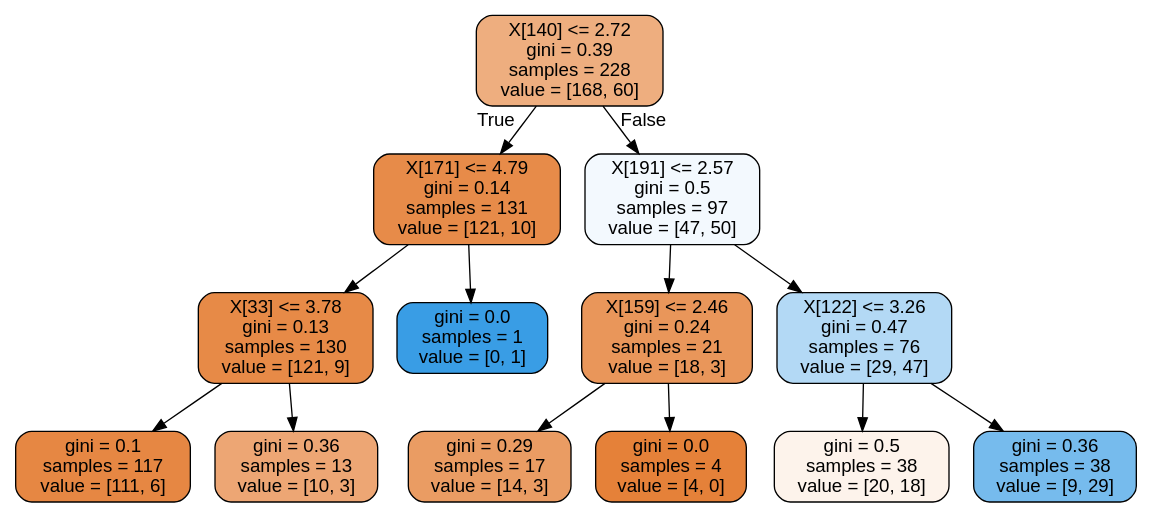
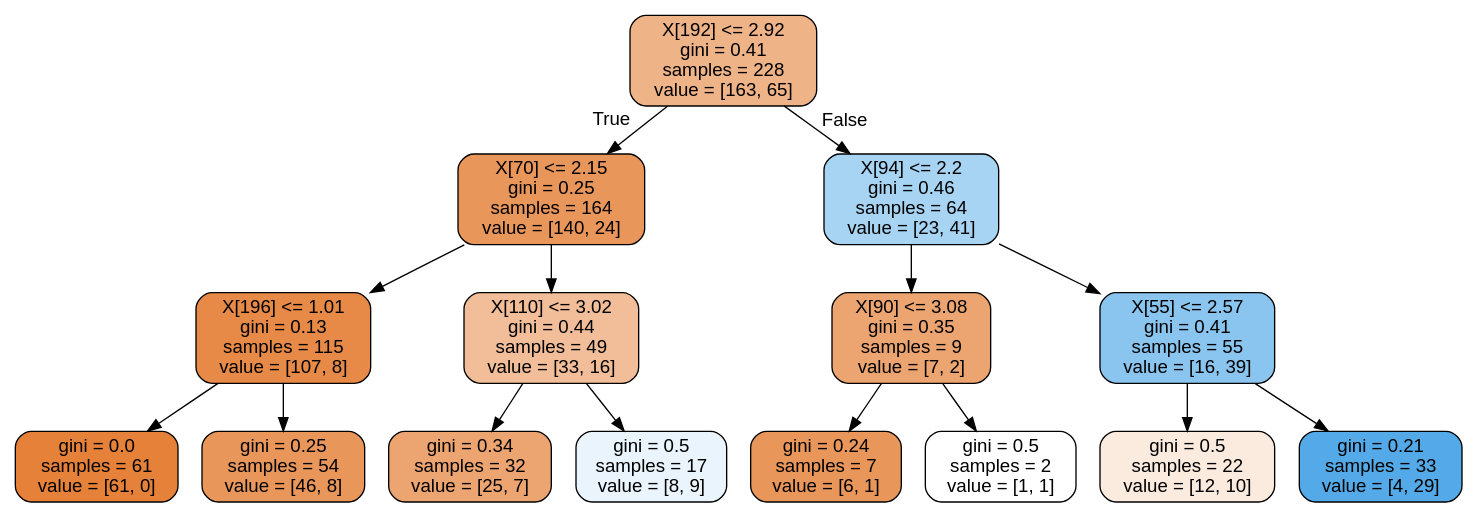
The diagram in model/thistree.dot (zeroknowledgediscovery/zcad), drawn with Graphviz before and after one commit. The commit also changed 12 other files, not shown here.

```diff
--- a/model/thistree.dot
+++ b/model/thistree.dot
@@ -1,29 +1,33 @@
 digraph Tree {
 node [shape=box, style="filled, rounded", color="black", fontname=helvetica] ;
 edge [fontname=helvetica] ;
-0 [label="X[140] <= 2.72\ngini = 0.39\nsamples = 228\nvalue = [168, 60]", fillcolor="#e58139a4"] ;
-1 [label="X[171] <= 4.79\ngini = 0.14\nsamples = 131\nvalue = [121, 10]", fillcolor="#e58139ea"] ;
+0 [label="X[192] <= 2.92\ngini = 0.41\nsamples = 228\nvalue = [163, 65]", fillcolor="#e5813999"] ;
+1 [label="X[70] <= 2.15\ngini = 0.25\nsamples = 164\nvalue = [140, 24]", fillcolor="#e58139d3"] ;
 0 -> 1 [labeldistance=2.5, labelangle=45, headlabel="True"] ;
-2 [label="X[33] <= 3.78\ngini = 0.13\nsamples = 130\nvalue = [121, 9]", fillcolor="#e58139ec"] ;
+2 [label="X[196] <= 1.01\ngini = 0.13\nsamples = 115\nvalue = [107, 8]", fillcolor="#e58139ec"] ;
 1 -> 2 ;
-3 [label="gini = 0.1\nsamples = 117\nvalue = [111, 6]", fillcolor="#e58139f1"] ;
+3 [label="gini = 0.0\nsamples = 61\nvalue = [61, 0]", fillcolor="#e58139ff"] ;
 2 -> 3 ;
-4 [label="gini = 0.36\nsamples = 13\nvalue = [10, 3]", fillcolor="#e58139b3"] ;
+4 [label="gini = 0.25\nsamples = 54\nvalue = [46, 8]", fillcolor="#e58139d3"] ;
 2 -> 4 ;
-5 [label="gini = 0.0\nsamples = 1\nvalue = [0, 1]", fillcolor="#399de5ff"] ;
+5 [label="X[110] <= 3.02\ngini = 0.44\nsamples = 49\nvalue = [33, 16]", fillcolor="#e5813983"] ;
 1 -> 5 ;
-6 [label="X[191] <= 2.57\ngini = 0.5\nsamples = 97\nvalue = [47, 50]", fillcolor="#399de50f"] ;
-0 -> 6 [labeldistance=2.5, labelangle=-45, headlabel="False"] ;
-7 [label="X[159] <= 2.46\ngini = 0.24\nsamples = 21\nvalue = [18, 3]", fillcolor="#e58139d4"] ;
-6 -> 7 ;
-8 [label="gini = 0.29\nsamples = 17\nvalue = [14, 3]", fillcolor="#e58139c8"] ;
-7 -> 8 ;
-9 [label="gini = 0.0\nsamples = 4\nvalue = [4, 0]", fillcolor="#e58139ff"] ;
-7 -> 9 ;
-10 [label="X[122] <= 3.26\ngini = 0.47\nsamples = 76\nvalue = [29, 47]", fillcolor="#399de562"] ;
-6 -> 10 ;
-11 [label="gini = 0.5\nsamples = 38\nvalue = [20, 18]", fillcolor="#e5813919"] ;
-10 -> 11 ;
-12 [label="gini = 0.36\nsamples = 38\nvalue = [9, 29]", fillcolor="#399de5b0"] ;
-10 -> 12 ;
+6 [label="gini = 0.34\nsamples = 32\nvalue = [25, 7]", fillcolor="#e58139b8"] ;
+5 -> 6 ;
+7 [label="gini = 0.5\nsamples = 17\nvalue = [8, 9]", fillcolor="#399de51c"] ;
+5 -> 7 ;
+8 [label="X[94] <= 2.2\ngini = 0.46\nsamples = 64\nvalue = [23, 41]", fillcolor="#399de570"] ;
+0 -> 8 [labeldistance=2.5, labelangle=-45, headlabel="False"] ;
+9 [label="X[90] <= 3.08\ngini = 0.35\nsamples = 9\nvalue = [7, 2]", fillcolor="#e58139b6"] ;
+8 -> 9 ;
+10 [label="gini = 0.24\nsamples = 7\nvalue = [6, 1]", fillcolor="#e58139d4"] ;
+9 -> 10 ;
+11 [label="gini = 0.5\nsamples = 2\nvalue = [1, 1]", fillcolor="#e5813900"] ;
+9 -> 11 ;
+12 [label="X[55] <= 2.57\ngini = 0.41\nsamples = 55\nvalue = [16, 39]", fillcolor="#399de596"] ;
+8 -> 12 ;
+13 [label="gini = 0.5\nsamples = 22\nvalue = [12, 10]", fillcolor="#e581392a"] ;
+12 -> 13 ;
+14 [label="gini = 0.21\nsamples = 33\nvalue = [4, 29]", fillcolor="#399de5dc"] ;
+12 -> 14 ;
 }
```
